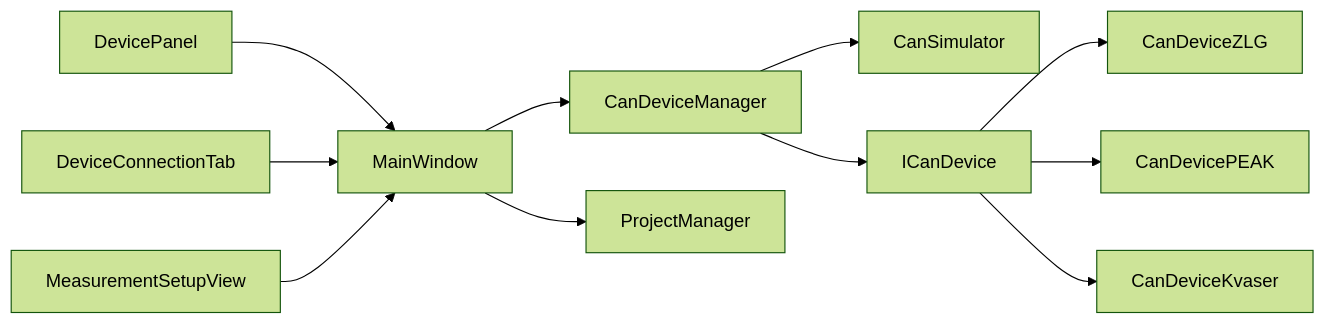
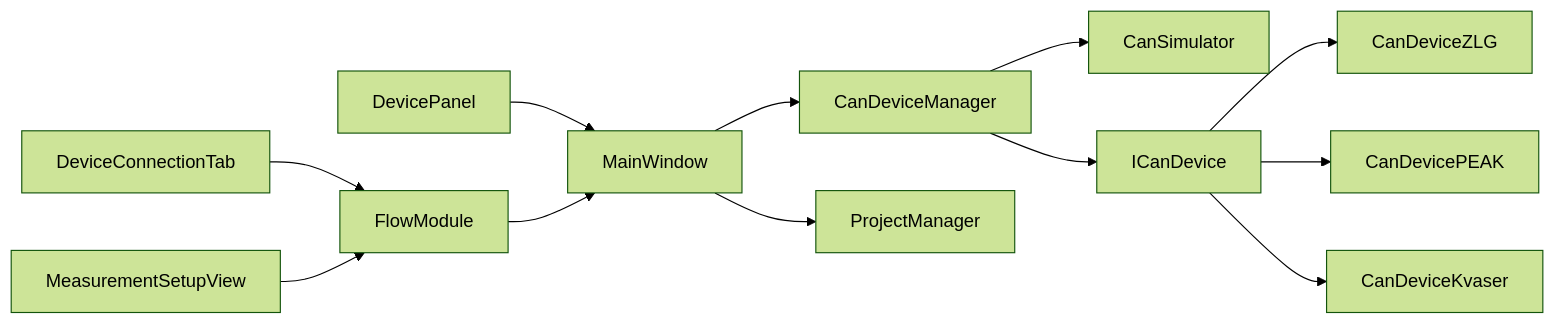
One commit to jakecai1225-design/OpenBus changed the sixth of 6 diagrams in .qoder/repowiki/zh/content/架构设计/UI系统设计/设备连接界面.md. Above: the diagram before and after it, drawn with Mermaid (forest theme). The commit also changed other lines of this file and 10 other files, not shown here.

````diff
--- a/.qoder/repowiki/zh/content/架构设计/UI系统设计/设备连接界面.md
+++ b/.qoder/repowiki/zh/content/架构设计/UI系统设计/设备连接界面.md
@@ -356,13 +427,14 @@
 ```mermaid
 graph LR
 DP["DevicePanel"] --> MW["MainWindow"]
-DCT["DeviceConnectionTab"] --> MW
-MSV["MeasurementSetupView"] --> MW
+DCT["DeviceConnectionTab"] --> FM["FlowModule"]
+MSV["MeasurementSetupView"] --> FM
+FM --> MW
 MW --> CDM["CanDeviceManager"]
 MW --> PM["ProjectManager"]
 CDM --> SIM["CanSimulator"]
 CDM --> IFACE["ICanDevice"]
 IFACE --> ZLG["CanDeviceZLG"]
 IFACE --> PEAK["CanDevicePEAK"]
 IFACE --> KVASER["CanDeviceKvaser"]
 ```
````
